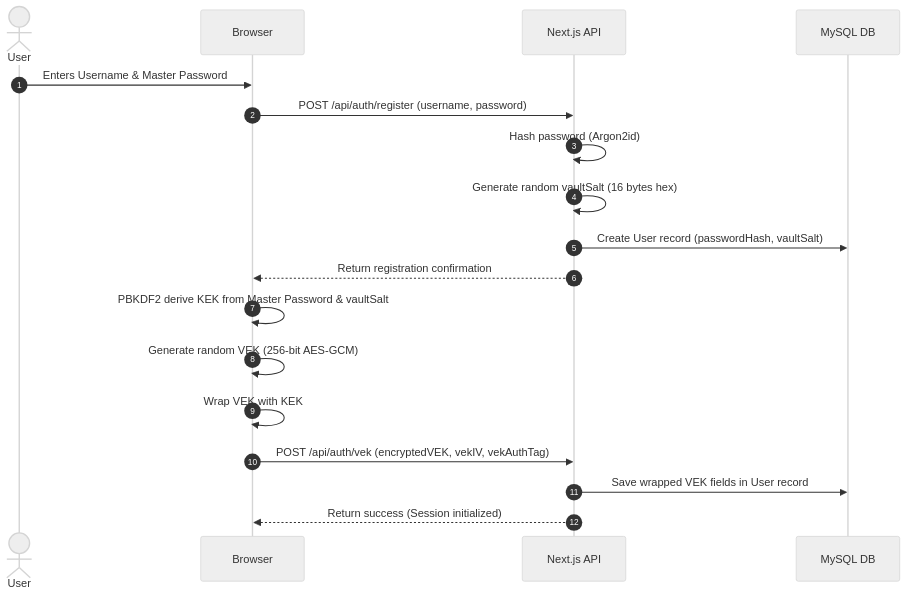
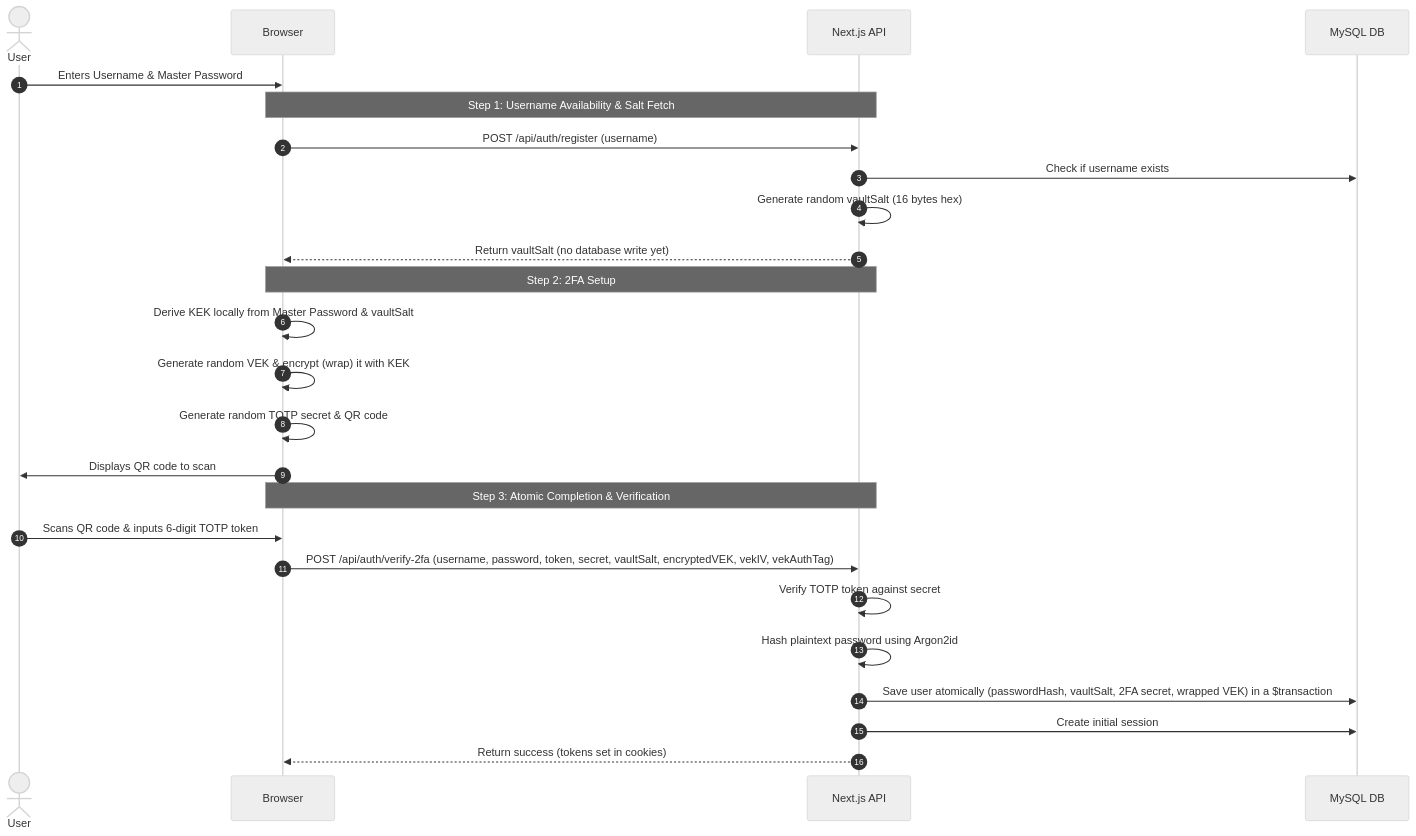
One commit to Ad1tya244/ZK-Password-Manager changed the first of 4 diagrams in ZK password manager.md. Above: the diagram before and after it, drawn with Mermaid (neutral theme). The commit also changed other lines of this file and 4 other files, not shown here.

````diff
--- a/ZK password manager.md
+++ b/ZK password manager.md
@@ -170,21 +171,30 @@
 ```mermaid
 sequenceDiagram
     autonumber
     actor User
     participant Browser
     participant API as Next.js API
     participant DB as MySQL DB
 
     User->>Browser: Enters Username & Master Password
-    Browser->>API: POST /api/auth/register (username, password)
-    API->>API: Hash password (Argon2id)
+    Note over Browser, API: Step 1: Username Availability & Salt Fetch
+    Browser->>API: POST /api/auth/register (username)
+    API->>DB: Check if username exists
     API->>API: Generate random vaultSalt (16 bytes hex)
-    API->>DB: Create User record (passwordHash, vaultSalt)
-    API-->>Browser: Return registration confirmation
-    Browser->>Browser: PBKDF2 derive KEK from Master Password & vaultSalt
-    Browser->>Browser: Generate random VEK (256-bit AES-GCM)
-    Browser->>Browser: Wrap VEK with KEK
-    Browser->>API: POST /api/auth/vek (encryptedVEK, vekIV, vekAuthTag)
-    API->>DB: Save wrapped VEK fields in User record
-    API-->>Browser: Return success (Session initialized)
+    API-->>Browser: Return vaultSalt (no database write yet)
+
+    Note over Browser, API: Step 2: 2FA Setup
+    Browser->>Browser: Derive KEK locally from Master Password & vaultSalt
+    Browser->>Browser: Generate random VEK & encrypt (wrap) it with KEK
+    Browser->>Browser: Generate random TOTP secret & QR code
+    Browser->>User: Displays QR code to scan
+
+    Note over Browser, API: Step 3: Atomic Completion & Verification
+    User->>Browser: Scans QR code & inputs 6-digit TOTP token
+    Browser->>API: POST /api/auth/verify-2fa (username, password, token, secret, vaultSalt, encryptedVEK, vekIV, vekAuthTag)
+    API->>API: Verify TOTP token against secret
+    API->>API: Hash plaintext password using Argon2id
+    API->>DB: Save user atomically (passwordHash, vaultSalt, 2FA secret, wrapped VEK) in a $transaction
+    API->>DB: Create initial session
+    API-->>Browser: Return success (tokens set in cookies)
 ```
````
